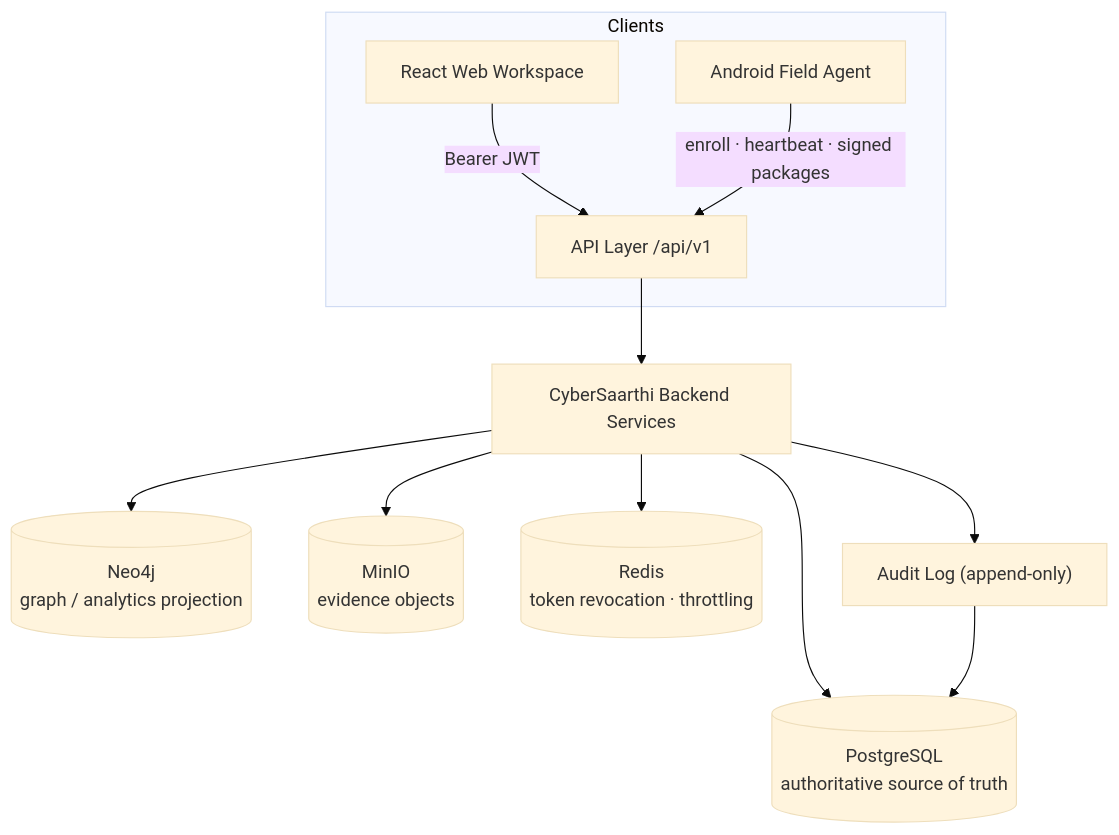
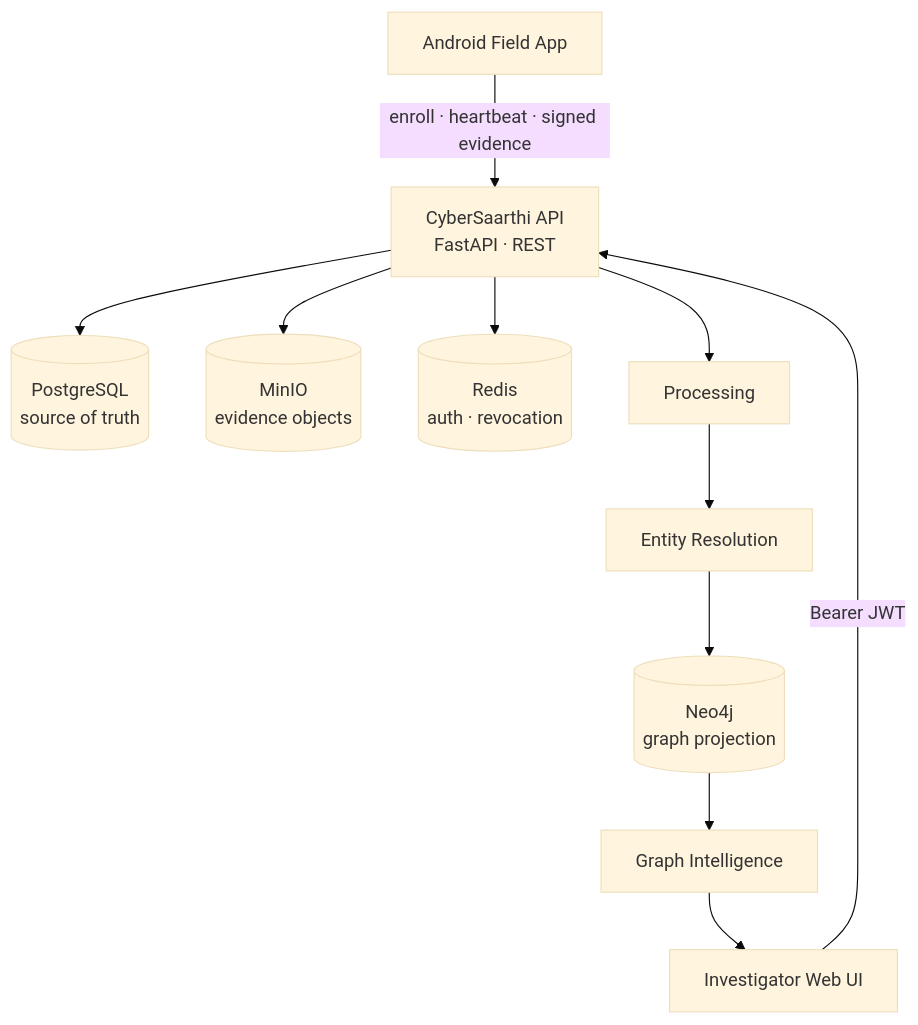
The second of 4 diagrams in README.md (0xhroot/cybersaarthi), drawn with Mermaid (base theme) before and after one commit. The commit also changed other lines of this file and 28 other files, not shown here.

````diff
--- a/README.md
+++ b/README.md
@@ -496,14 +180,13 @@
 ```mermaid
 flowchart TB
-    subgraph CLIENT["Clients"]
-        FE["React Web Workspace"] -->|Bearer JWT| API["API Layer /api/v1"]
-        AG["Android Field Agent"] -->|enroll · heartbeat · signed packages| API
-    end
-    API --> SVC["CyberSaarthi Backend Services"]
-    SVC --> PG[("PostgreSQL<br/>authoritative source of truth")]
-    SVC --> NEO[("Neo4j<br/>graph / analytics projection")]
-    SVC --> MIN[("MinIO<br/>evidence objects")]
-    SVC --> RED[("Redis<br/>token revocation · throttling")]
-    SVC --> AUD["Audit Log (append-only)"]
-    AUD --> PG
+    AG["Android Field App"] -->|enroll · heartbeat · signed evidence| API["CyberSaarthi API<br/>FastAPI · REST"]
+    UI["Investigator Web UI"] -->|Bearer JWT| API
+    API --> PG[("PostgreSQL<br/>source of truth")]
+    API --> MI[("MinIO<br/>evidence objects")]
+    API --> RD[("Redis<br/>auth · revocation")]
+    API --> PR["Processing"]
+    PR --> ER["Entity Resolution"]
+    ER --> NE[("Neo4j<br/>graph projection")]
+    NE --> GI["Graph Intelligence"]
+    GI --> UI
 ```
````
